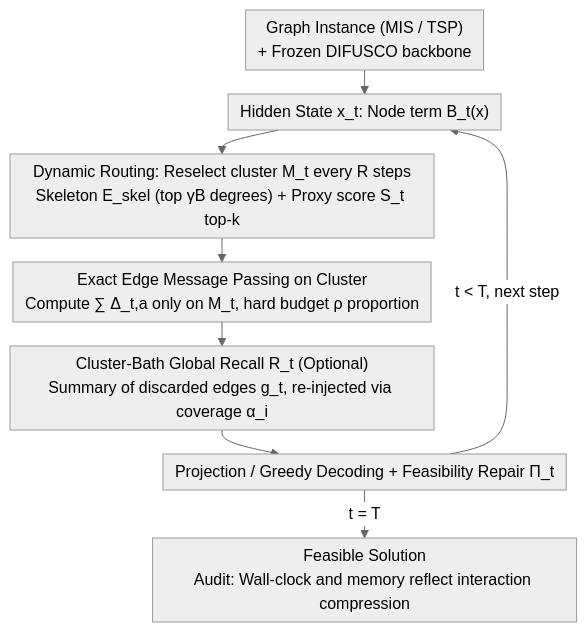
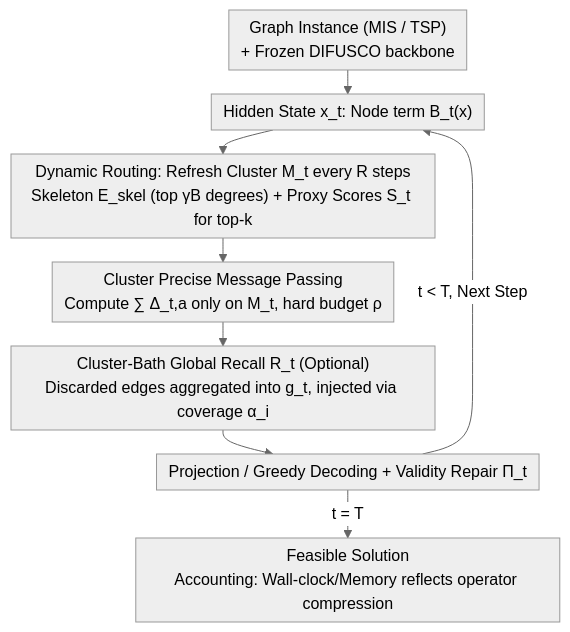
Before and after one commit to zhaoyang97/Paper-Notes-en: the diagram in docs/ICML2026/optimization/lore_adaptive_interaction-evaluation_routing_with_per-step_interaction_budgets_f.md, drawn with Mermaid (neutral theme). The commit also changed other lines of this file and 5084 other files, not shown here.

````diff
--- a/docs/ICML2026/optimization/lore_adaptive_interaction-evaluation_routing_with_per-step_interaction_budgets_f.md
+++ b/docs/ICML2026/optimization/lore_adaptive_interaction-evaluation_routing_with_per-step_interaction_budgets_f.md
@@ -43,11 +43,11 @@
 ```mermaid
 %%{init: {'flowchart': {'rankSpacing': 24, 'nodeSpacing': 28, 'padding': 6, 'wrappingWidth': 400}}}%%
 flowchart TD
     A["Graph Instance (MIS / TSP)<br/>+ Frozen DIFUSCO backbone"] --> B["Hidden State x_t: Node term B_t(x)"]
-    B --> C["Dynamic Routing: Reselect cluster M_t every R steps<br/>Skeleton E_skel (top γB degrees) + Proxy score S_t top-k"]
-    C --> D["Exact Edge Message Passing on Cluster<br/>Compute ∑ Δ_t,a only on M_t, hard budget ρ proportion"]
-    D --> E["Cluster-Bath Global Recall R_t (Optional)<br/>Summary of discarded edges g_t, re-injected via coverage α_i"]
-    E --> F["Projection / Greedy Decoding + Feasibility Repair Π_t"]
-    F -->|t < T, next step| B
-    F -->|t = T| G["Feasible Solution<br/>Audit: Wall-clock and memory reflect interaction compression"]
+    B --> C["Dynamic Routing: Refresh Cluster M_t every R steps<br/>Skeleton E_skel (top γB degrees) + Proxy Scores S_t for top-k"]
+    C --> D["Cluster Precise Message Passing<br/>Compute ∑ Δ_t,a only on M_t, hard budget ρ"]
+    D --> E["Cluster-Bath Global Recall R_t (Optional)<br/>Discarded edges aggregated into g_t, injected via coverage α_i"]
+    E --> F["Projection / Greedy Decoding + Validity Repair Π_t"]
+    F -->|t < T, Next Step| B
+    F -->|t = T| G["Feasible Solution<br/>Accounting: Wall-clock/Memory reflects operator compression"]
 ```
````
